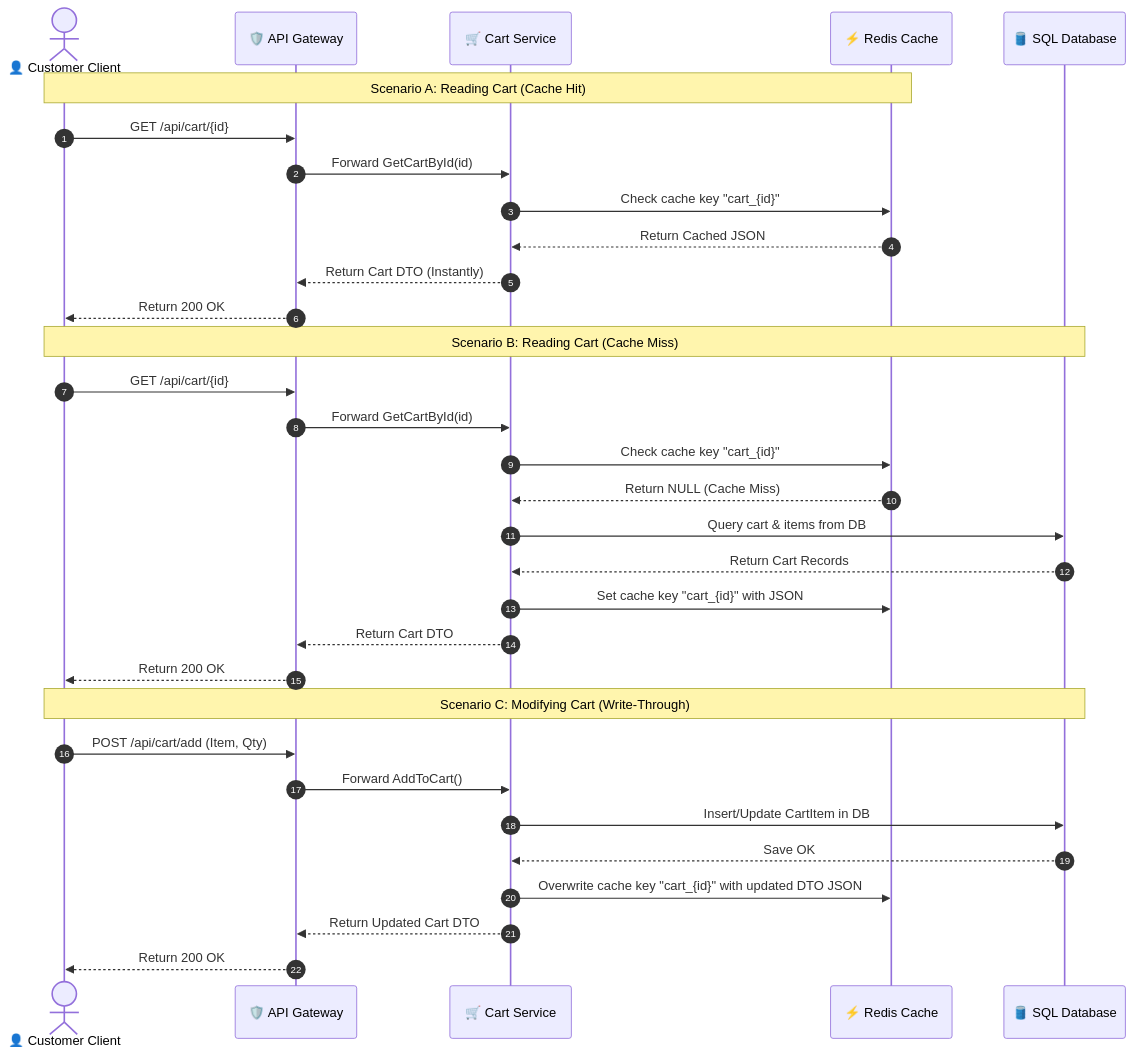
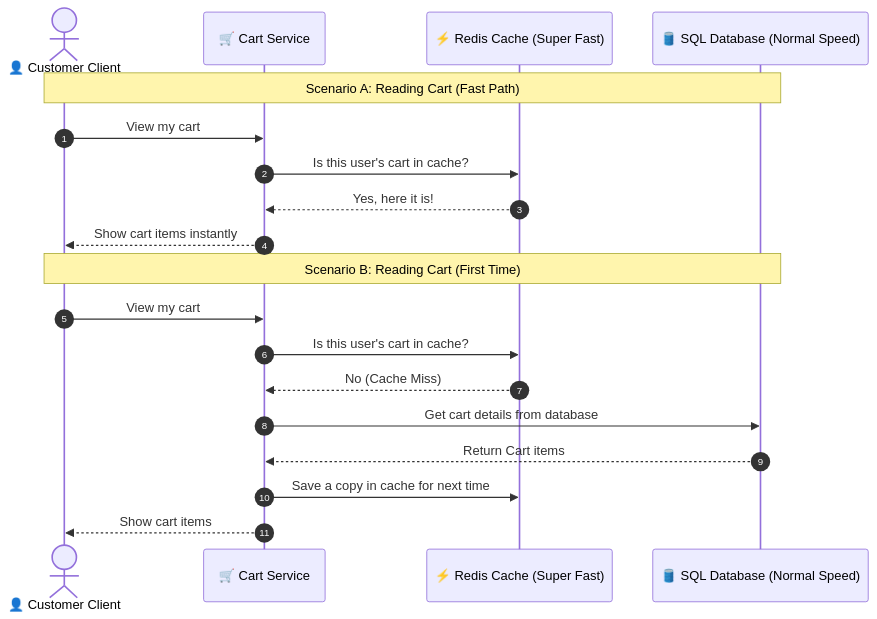
Before and after one commit to gauravkumar7819/EShoppingZone: the second of 3 diagrams in backend/workflow.md, drawn with Mermaid. The commit also changed other lines of this file, not shown here.

````diff
--- a/backend/workflow.md
+++ b/backend/workflow.md
@@ -177,40 +99,25 @@
 ```mermaid
 sequenceDiagram
     autonumber
     actor Customer as 👤 Customer Client
-    participant API as 🛡️ API Gateway
     participant CartSvc as 🛒 Cart Service
-    participant Redis as ⚡ Redis Cache
-    participant SQL as 🛢️ SQL Database
+    participant Redis as ⚡ Redis Cache (Super Fast)
+    participant SQL as 🛢️ SQL Database (Normal Speed)
 
-    %% READ SCENARIO - CACHE HIT
-    Note over Customer, Redis: Scenario A: Reading Cart (Cache Hit)
-    Customer->>API: GET /api/cart/{id}
-    API->>CartSvc: Forward GetCartById(id)
-    CartSvc->>Redis: Check cache key "cart_{id}"
-    Redis-->>CartSvc: Return Cached JSON
-    CartSvc-->>API: Return Cart DTO (Instantly)
-    API-->>Customer: Return 200 OK
+    %% Scenario A: Cache Hit
+    Note over Customer, SQL: Scenario A: Reading Cart (Fast Path)
+    Customer->>CartSvc: View my cart
+    CartSvc->>Redis: Is this user's cart in cache?
+    Redis-->>CartSvc: Yes, here it is!
+    CartSvc-->>Customer: Show cart items instantly
 
-    %% READ SCENARIO - CACHE MISS
-    Note over Customer, SQL: Scenario B: Reading Cart (Cache Miss)
-    Customer->>API: GET /api/cart/{id}
-    API->>CartSvc: Forward GetCartById(id)
-    CartSvc->>Redis: Check cache key "cart_{id}"
-    Redis-->>CartSvc: Return NULL (Cache Miss)
-    CartSvc->>SQL: Query cart & items from DB
-    SQL-->>CartSvc: Return Cart Records
-    CartSvc->>Redis: Set cache key "cart_{id}" with JSON
-    CartSvc-->>API: Return Cart DTO
-    API-->>Customer: Return 200 OK
-
-    %% WRITE SCENARIO
-    Note over Customer, SQL: Scenario C: Modifying Cart (Write-Through)
-    Customer->>API: POST /api/cart/add (Item, Qty)
-    API->>CartSvc: Forward AddToCart()
-    CartSvc->>SQL: Insert/Update CartItem in DB
-    SQL-->>CartSvc: Save OK
-    CartSvc->>Redis: Overwrite cache key "cart_{id}" with updated DTO JSON
-    CartSvc-->>API: Return Updated Cart DTO
-    API-->>Customer: Return 200 OK
+    %% Scenario B: Cache Miss
+    Note over Customer, SQL: Scenario B: Reading Cart (First Time)
+    Customer->>CartSvc: View my cart
+    CartSvc->>Redis: Is this user's cart in cache?
+    Redis-->>CartSvc: No (Cache Miss)
+    CartSvc->>SQL: Get cart details from database
+    SQL-->>CartSvc: Return Cart items
+    CartSvc->>Redis: Save a copy in cache for next time
+    CartSvc-->>Customer: Show cart items
 ```
````
